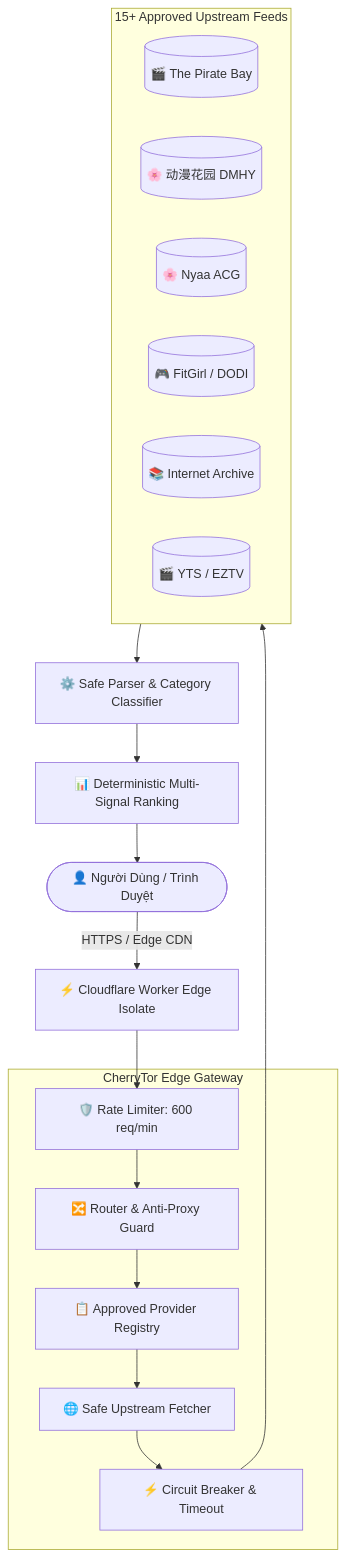
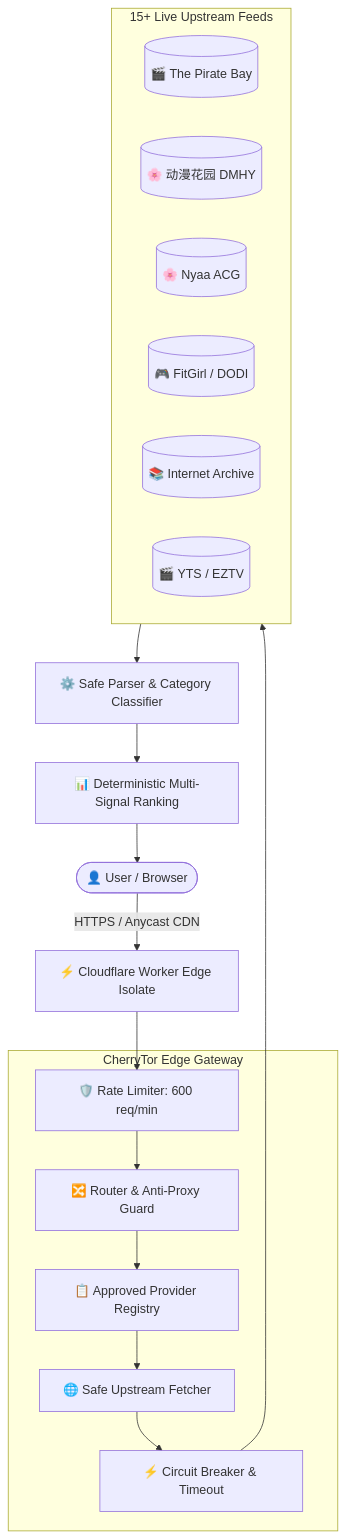
The diagram in README.md (oaichu/CherryTor), drawn with Mermaid before and after one commit. The commit also changed other lines of this file and 2 other files, not shown here.

````diff
--- a/README.md
+++ b/README.md
@@ -69,27 +75,27 @@
 ```mermaid
 flowchart TD
-    User([👤 Người Dùng / Trình Duyệt]) -->|HTTPS / Edge CDN| Edge[⚡ Cloudflare Worker Edge Isolate]
+    User([👤 User / Browser]) -->|HTTPS / Anycast CDN| Edge[⚡ Cloudflare Worker Edge Isolate]
     
     subgraph Edge_Gateway [CherryTor Edge Gateway]
         RateLimit[🛡️ Rate Limiter: 600 req/min] --> Router[🔀 Router & Anti-Proxy Guard]
         Router --> Registry[📋 Approved Provider Registry]
         Registry --> Fetcher[🌐 Safe Upstream Fetcher]
         Fetcher --> Breaker[⚡ Circuit Breaker & Timeout]
     end
 
     Edge --> RateLimit
     
-    subgraph Upstream_Providers [15+ Approved Upstream Feeds]
+    subgraph Upstream_Providers [15+ Live Upstream Feeds]
         P1[(🎬 The Pirate Bay)]
         P2[(🌸 动漫花园 DMHY)]
         P3[(🌸 Nyaa ACG)]
         P4[(🎮 FitGirl / DODI)]
         P5[(📚 Internet Archive)]
         P6[(🎬 YTS / EZTV)]
     end
 
     Breaker --> Upstream_Providers
     Upstream_Providers --> Parser[⚙️ Safe Parser & Category Classifier]
     Parser --> Ranking[📊 Deterministic Multi-Signal Ranking]
     Ranking --> User
 ```
````
